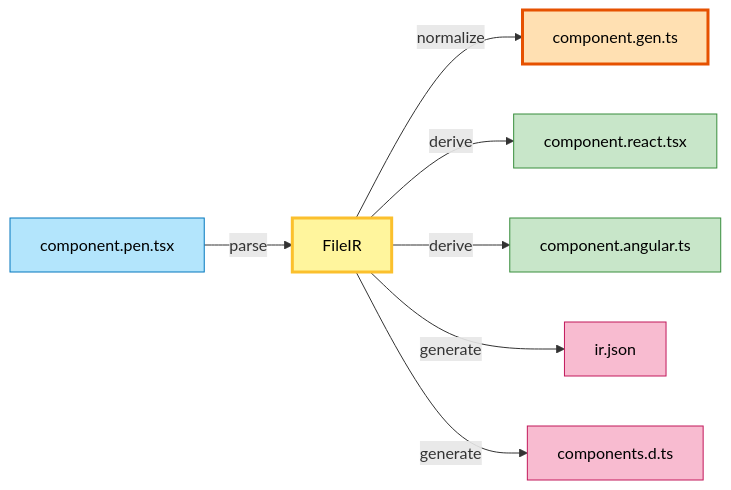
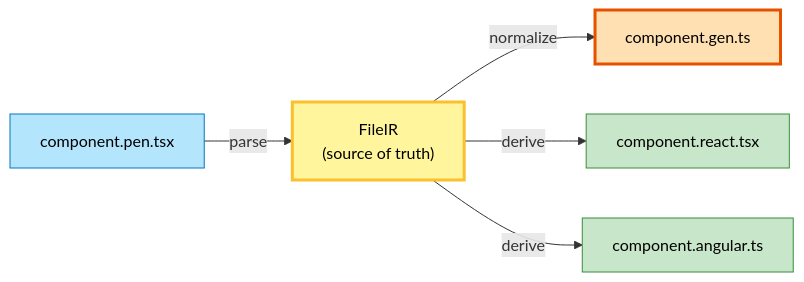
One commit to max-scopp/pencel changed the diagram in apps/docs/src/content/docs/internals/understanding.mdx. Above: the diagram before and after it, drawn with Mermaid. The commit also changed other lines of this file and 16 other files, not shown here.

````diff
--- a/apps/docs/src/content/docs/internals/understanding.mdx
+++ b/apps/docs/src/content/docs/internals/understanding.mdx
@@ -47,26 +38,19 @@
 ```mermaid
 graph LR
     Source["component.pen.tsx"]
-    IR["FileIR"]
+    IR["FileIR<br/>(source of truth)"]
     Gen["component.gen.ts"]
     React["component.react.tsx"]
     Angular["component.angular.ts"]
-    IRJson["ir.json"]
-    Types["components.d.ts"]
     
     Source -->|parse| IR
-    
     IR -->|normalize| Gen
     IR -->|derive| React
     IR -->|derive| Angular
-    IR -->|generate| IRJson
-    IR -->|generate| Types
     
     style Source fill:#b3e5fc,stroke:#0277bd,color:#000
     style IR fill:#fff59d,stroke:#fbc02d,stroke-width:3px,color:#000
     style Gen fill:#ffe0b2,stroke:#e65100,stroke-width:3px,color:#000
     style React fill:#c8e6c9,stroke:#388e3c,color:#000
     style Angular fill:#c8e6c9,stroke:#388e3c,color:#000
-    style IRJson fill:#f8bbd0,stroke:#c2185b,color:#000
-    style Types fill:#f8bbd0,stroke:#c2185b,color:#000
 ```
````
